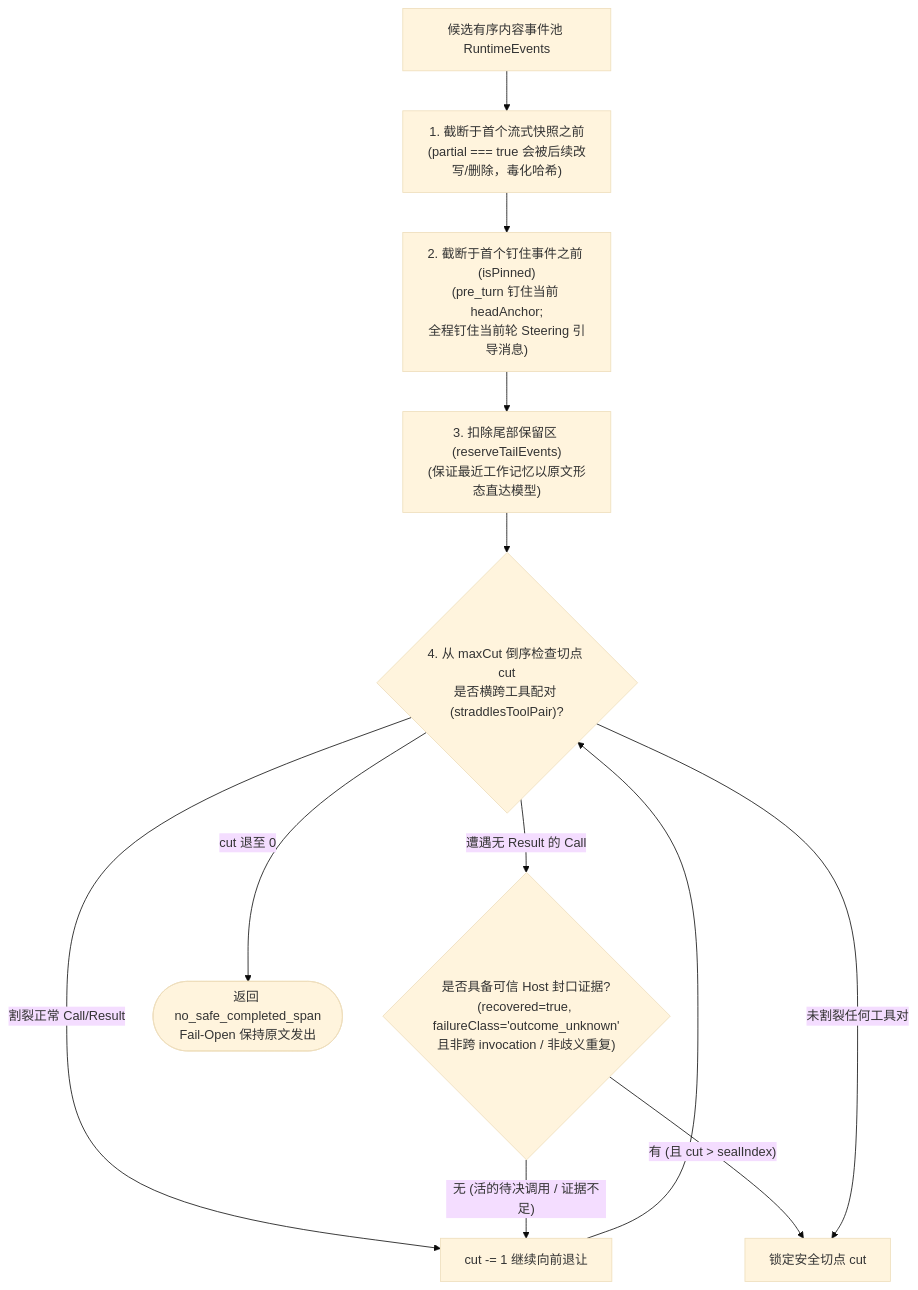
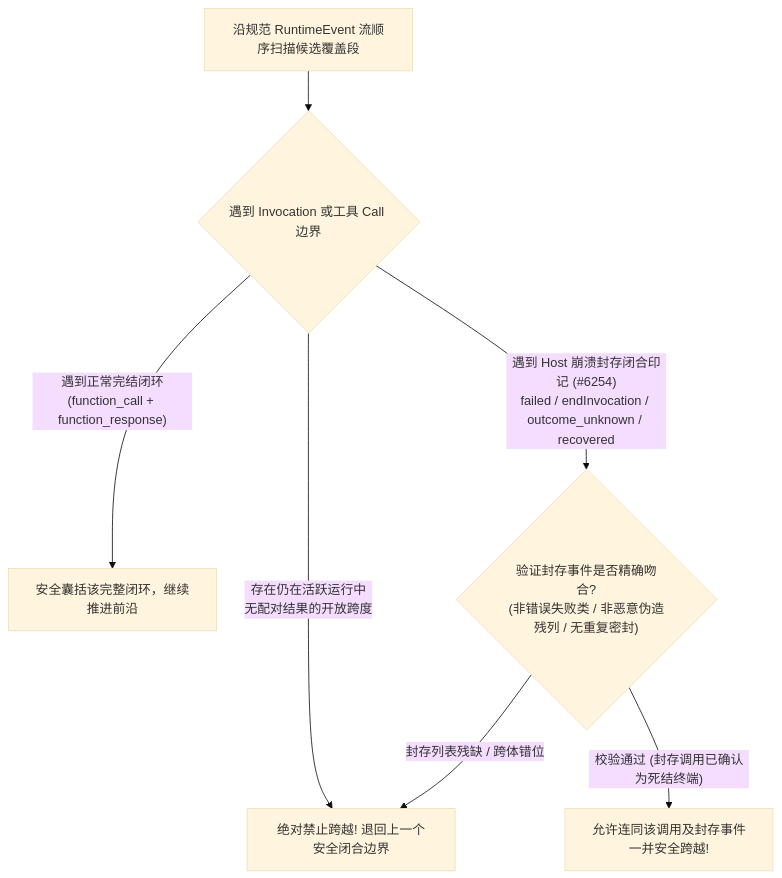
One commit to suger-m/agent-infrastructure-docs changed the diagram in maka-agent-infra/02-context/compaction.md. Above: the diagram before and after it, drawn with Mermaid (base theme). The commit also changed other lines of this file and 33 other files, not shown here.

Commit message:
docs(ts): overhaul all 32 TS architecture chapters in razor-sharp microkernel style & polish Rust foundations

````diff
--- a/maka-agent-infra/02-context/compaction.md
+++ b/maka-agent-infra/02-context/compaction.md
@@ -34,14 +20,9 @@
 ```mermaid
 flowchart TD
-    Pool["候选有序内容事件池 RuntimeEvents"] --> Bound1["1. 截断于首个流式快照之前<br/>(partial === true 会被后续改写/删除，毒化哈希)"]
-    Bound1 --> Bound2["2. 截断于首个钉住事件之前 (isPinned)<br/>(pre_turn 钉住当前 headAnchor;<br/>全程钉住当前轮 Steering 引导消息)"]
-    Bound2 --> Bound3["3. 扣除尾部保留区 (reserveTailEvents)<br/>(保证最近工作记忆以原文形态直达模型)"]
-    Bound3 --> Loop{"4. 从 maxCut 倒序检查切点 cut<br/>是否横跨工具配对 (straddlesToolPair)?"}
-    Loop -->|"割裂正常 Call/Result"| Retreat["cut -= 1 继续向前退让"]
-    Retreat --> Loop
-    Loop -->|"遭遇无 Result 的 Call"| SealCheck{"是否具备可信 Host 封口证据?<br/>(recovered=true, failureClass='outcome_unknown'<br/>且非跨 invocation / 非歧义重复)"}
-    SealCheck -->|"无 (活的待决调用 / 证据不足)"| Retreat
-    SealCheck -->|"有 (且 cut > sealIndex)"| Accept["锁定安全切点 cut"]
-    Loop -->|"未割裂任何工具对"| Accept
-    Loop -->|"cut 退至 0"| FailOpen(["返回 no_safe_completed_span<br/>Fail-Open 保持原文发出"])
+    Scan["沿规范 RuntimeEvent 流顺序扫描候选覆盖段"] --> CheckOpen{"遇到 Invocation 或工具 Call 边界"}
+    CheckOpen -->|"存在仍在活跃运行中<br/>无配对结果的开放跨度"| StopLine["绝对禁止跨越! 退回上一个安全闭合边界"]
+    CheckOpen -->|"遇到正常完结闭环<br/>(function_call + function_response)"| Advance["安全囊括该完整闭环，继续推进前沿"]
+    CheckOpen -->|"遇到 Host 崩溃封存闭合印记 (#6254)<br/>failed / endInvocation / outcome_unknown / recovered"| MatchCheck{"验证封存事件是否精确吻合?<br/>(非错误失败类 / 非恶意伪造残列 / 无重复密封)"}
+    MatchCheck -->|"校验通过 (封存调用已确认为死结终端)"| AdvanceSeal["允许连同该调用及封存事件一并安全跨越!"]
+    MatchCheck -->|"封存列表残缺 / 跨体错位"| StopLine
 ```
````
